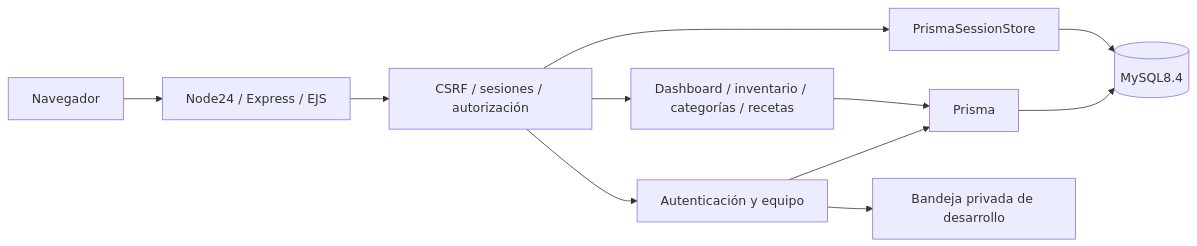
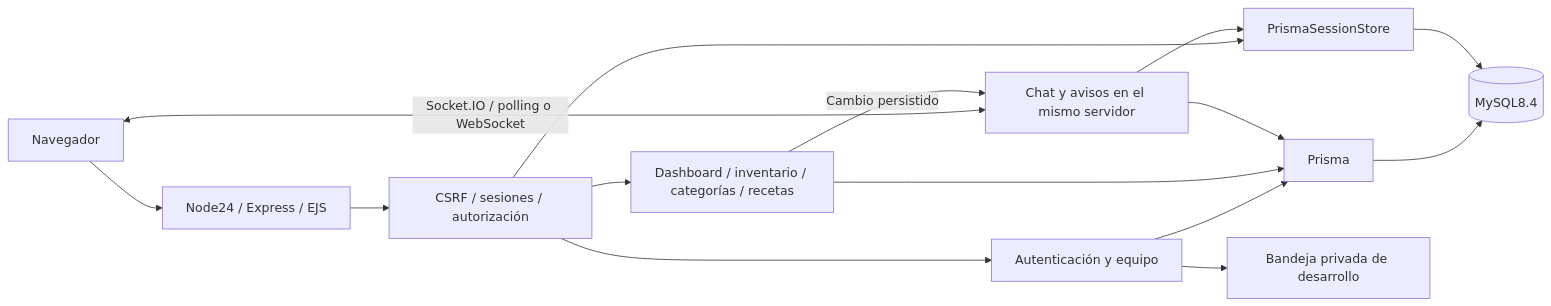
Before and after one commit to A-PerfectStranger/Food-Waste-Fighter-WebAvanzadas: the diagram in README.md, drawn with Mermaid. The commit also changed other lines of this file and 22 other files, not shown here.

````diff
--- a/README.md
+++ b/README.md
@@ -96,13 +102,17 @@
 ```mermaid
 flowchart LR
   Browser[Navegador] --> HTTP[Node24 / Express / EJS]
   HTTP --> Security[CSRF / sesiones / autorización]
   Security --> Auth[Autenticación y equipo]
   Auth --> Prisma[Prisma]
   Prisma --> DB[(MySQL8.4)]
   Security --> Sessions[PrismaSessionStore]
   Sessions --> DB
   Auth --> Mail[Bandeja privada de desarrollo]
   Security --> Business[Dashboard / inventario / categorías / recetas]
   Business --> Prisma
+  Browser <-->|Socket.IO / polling o WebSocket| Realtime[Chat y avisos en el mismo servidor]
+  Realtime --> Sessions
+  Realtime --> Prisma
+  Business -->|Cambio persistido| Realtime
 ```
````
